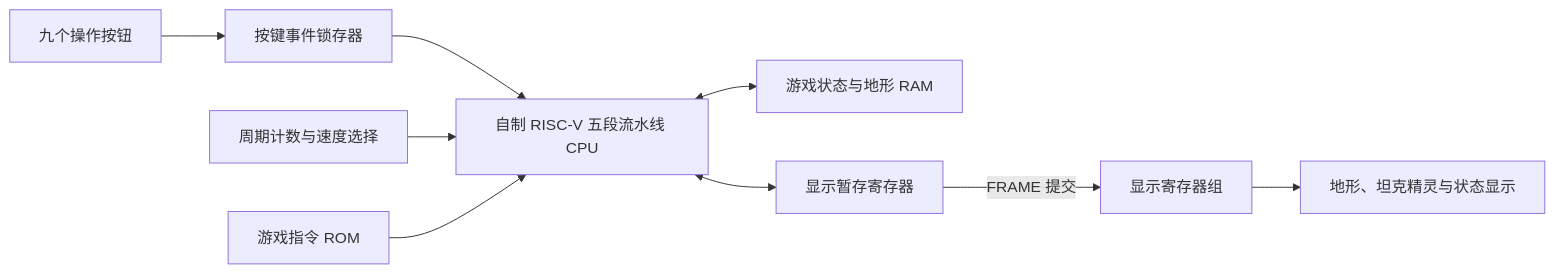
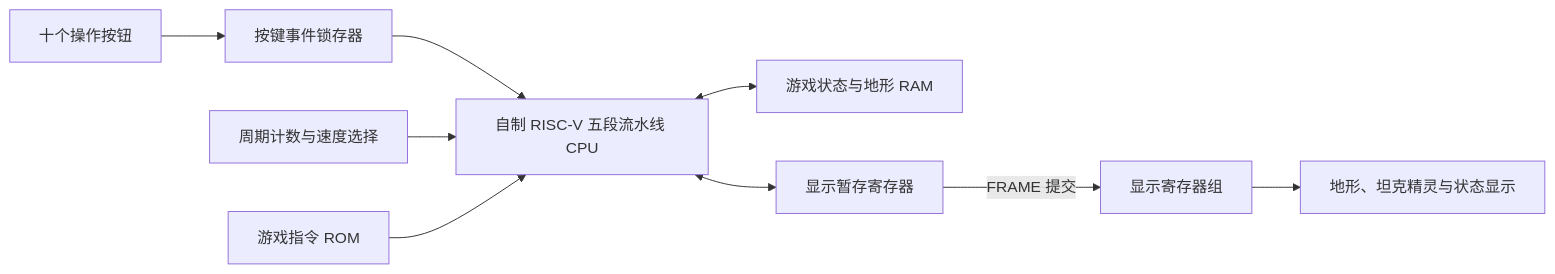
Before and after one commit to codingsjx/riscv-tank-logisim: the diagram in DESIGN.md, drawn with Mermaid. The commit also changed other lines of this file and 18 other files, not shown here.

````diff
--- a/DESIGN.md
+++ b/DESIGN.md
@@ -5,11 +5,11 @@
 ```mermaid
 flowchart LR
-    Buttons[九个操作按钮] --> Latch[按键事件锁存器]
+    Buttons[十个操作按钮] --> Latch[按键事件锁存器]
     Latch --> CPU[自制 RISC-V 五段流水线 CPU]
     Timer[周期计数与速度选择] --> CPU
     ROM[游戏指令 ROM] --> CPU
     CPU <--> RAM[游戏状态与地形 RAM]
     CPU <--> Stage[显示暂存寄存器]
     Stage -->|FRAME 提交| Display[显示寄存器组]
     Display --> Screen[地形、坦克精灵与状态显示]
 ```
````
